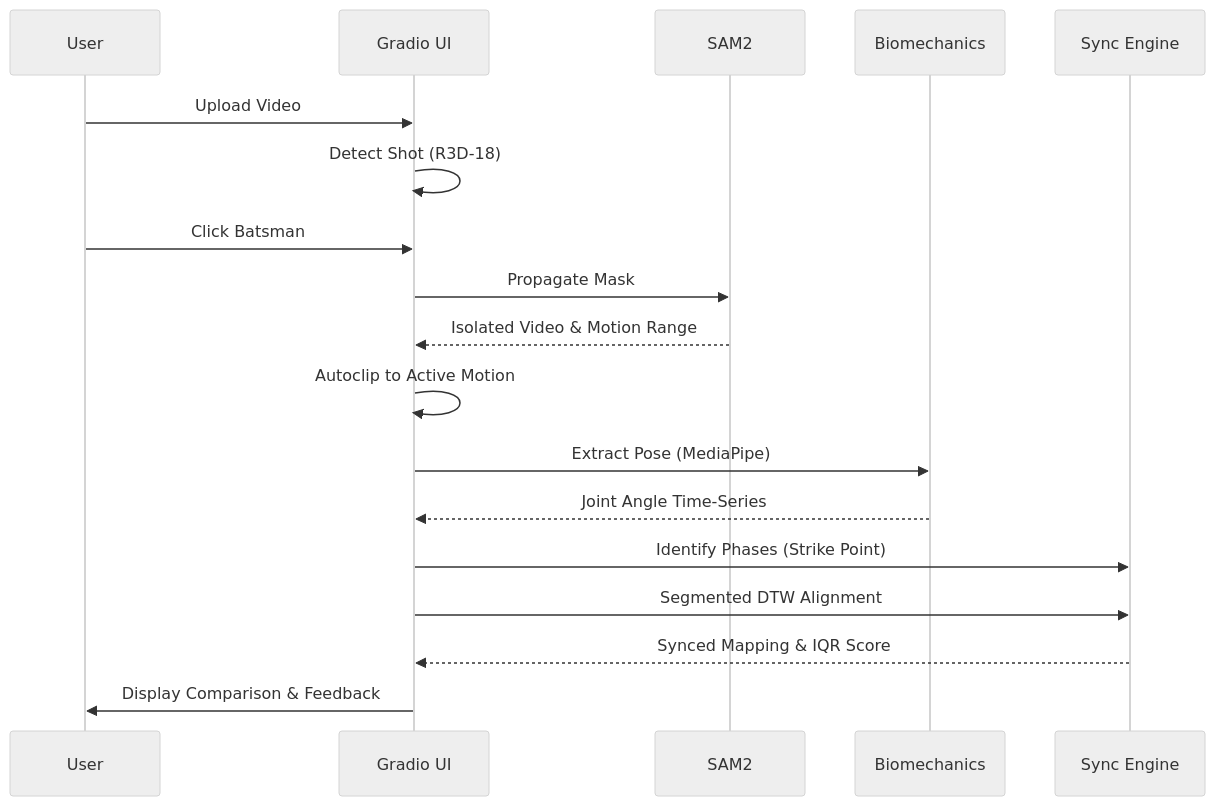
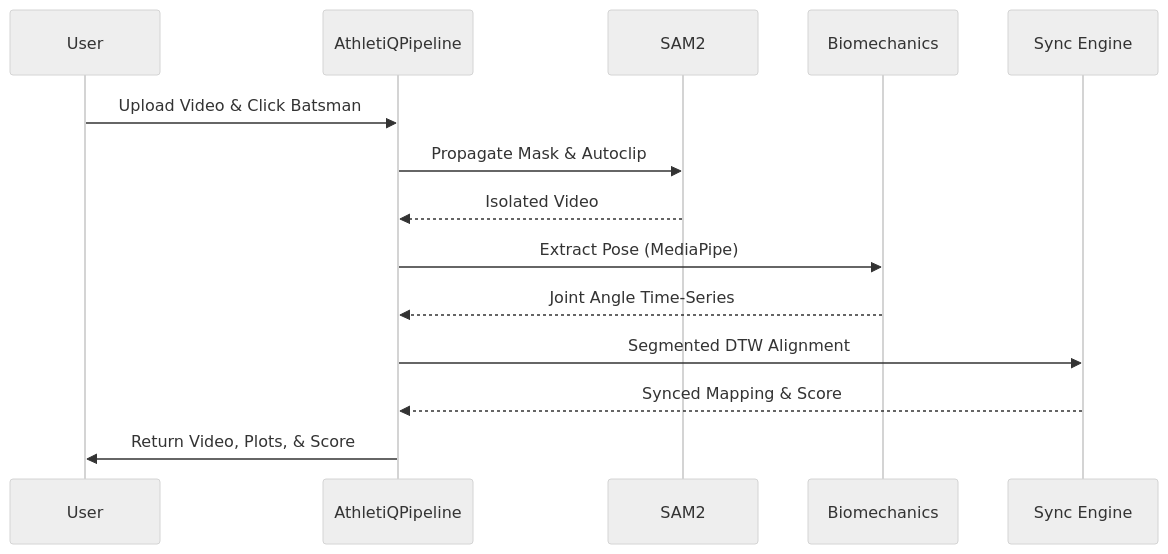
One commit to milansinghal2004/AthletiQ changed the second of 2 diagrams in README.md. Above: the diagram before and after it, drawn with Mermaid (neutral theme). The commit also changed other lines of this file, not shown here.

````diff
--- a/README.md
+++ b/README.md
@@ -43,21 +52,17 @@
 ```mermaid
 sequenceDiagram
     participant U as User
-    participant G as Gradio UI
+    participant P as AthletiQPipeline
     participant S as SAM2
     participant B as Biomechanics
     participant SE as Sync Engine
 
-    U->>G: Upload Video
-    G->>G: Detect Shot (R3D-18)
-    U->>G: Click Batsman
-    G->>S: Propagate Mask
-    S-->>G: Isolated Video & Motion Range
-    G->>G: Autoclip to Active Motion
-    G->>B: Extract Pose (MediaPipe)
-    B-->>G: Joint Angle Time-Series
-    G->>SE: Identify Phases (Strike Point)
-    G->>SE: Segmented DTW Alignment
-    SE-->>G: Synced Mapping & IQR Score
-    G->>U: Display Comparison & Feedback
+    U->>P: Upload Video & Click Batsman
+    P->>S: Propagate Mask & Autoclip
+    S-->>P: Isolated Video
+    P->>B: Extract Pose (MediaPipe)
+    B-->>P: Joint Angle Time-Series
+    P->>SE: Segmented DTW Alignment
+    SE-->>P: Synced Mapping & Score
+    P->>U: Return Video, Plots, & Score
 ```
````
